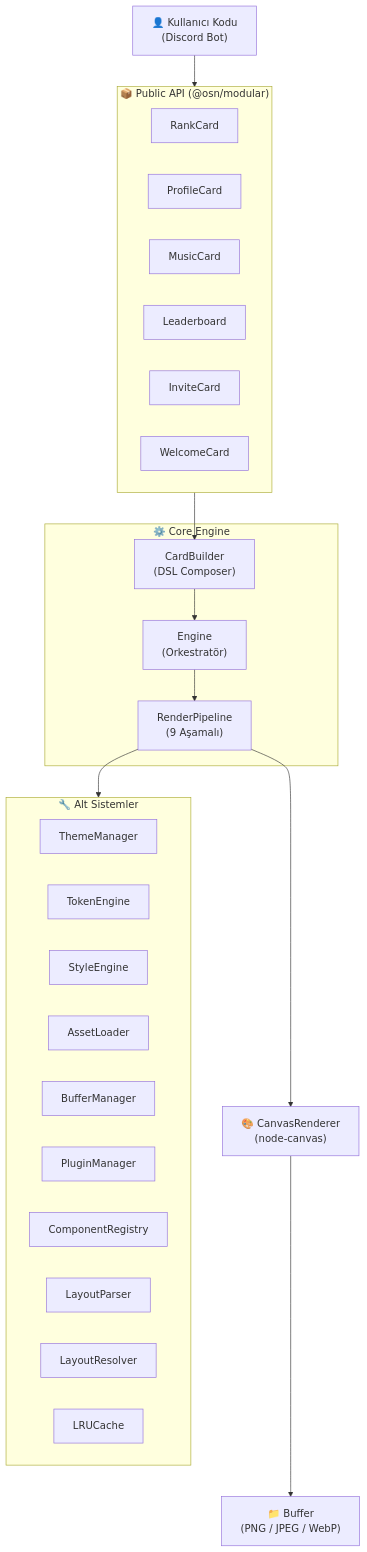
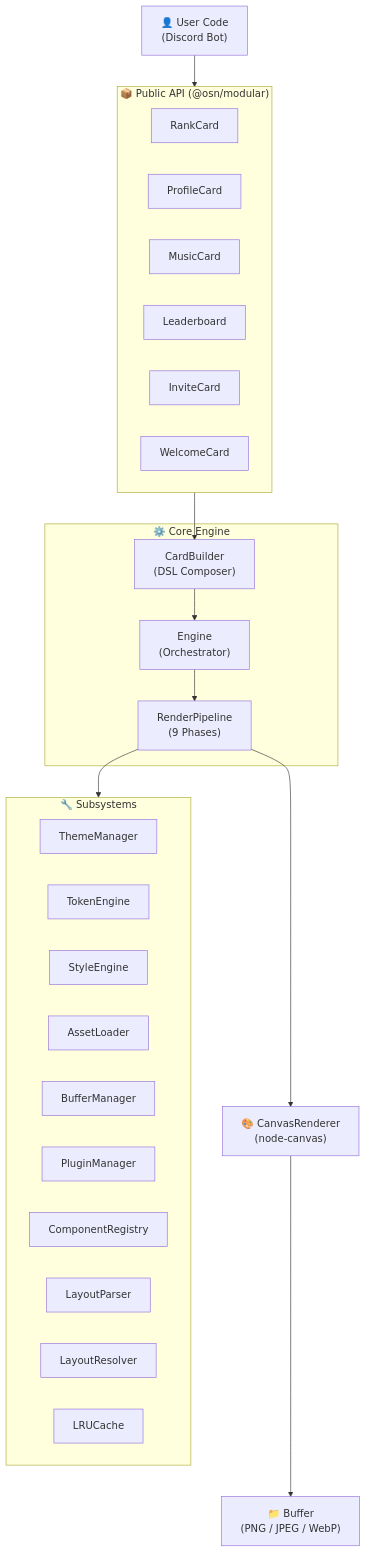
Before and after one commit to ManyMQ/modular: the first of 9 diagrams in docs/core-concepts/system-architecture.md, drawn with Mermaid. The commit also changed other lines of this file, not shown here.

First line of the commit message:
Docs: Add system architecture overview with diagrams

````diff
--- a/docs/core-concepts/system-architecture.md
+++ b/docs/core-concepts/system-architecture.md
@@ -21,44 +21,44 @@
 ```mermaid
 graph TD
-    USER["👤 Kullanıcı Kodu\n(Discord Bot)"]
+    USER["👤 User Code\n(Discord Bot)"]
 
     subgraph PUBLIC_API["📦 Public API (@osn/modular)"]
         direction LR
         RC["RankCard"]
         PC["ProfileCard"]
         MC["MusicCard"]
         LC["Leaderboard"]
         IC["InviteCard"]
         WC["WelcomeCard"]
     end
 
     subgraph CORE["⚙️ Core Engine"]
-        ENGINE["Engine\n(Orkestratör)"]
-        PIPELINE["RenderPipeline\n(9 Aşamalı)"]
+        ENGINE["Engine\n(Orchestrator)"]
+        PIPELINE["RenderPipeline\n(9 Phases)"]
         BUILDER["CardBuilder\n(DSL Composer)"]
     end
 
-    subgraph SUBSYSTEMS["🔧 Alt Sistemler"]
+    subgraph SUBSYSTEMS["🔧 Subsystems"]
         TM["ThemeManager"]
         TE["TokenEngine"]
         SE["StyleEngine"]
         AL["AssetLoader"]
         BM["BufferManager"]
         PM["PluginManager"]
         CR["ComponentRegistry"]
         LP["LayoutParser"]
         LR["LayoutResolver"]
         LRU["LRUCache"]
     end
 
     CANVAS["🎨 CanvasRenderer\n(node-canvas)"]
     OUTPUT["📁 Buffer\n(PNG / JPEG / WebP)"]
 
     USER --> PUBLIC_API
     PUBLIC_API --> BUILDER
     BUILDER --> ENGINE
     ENGINE --> PIPELINE
     PIPELINE --> SUBSYSTEMS
     PIPELINE --> CANVAS
     CANVAS --> OUTPUT
 ```
````
